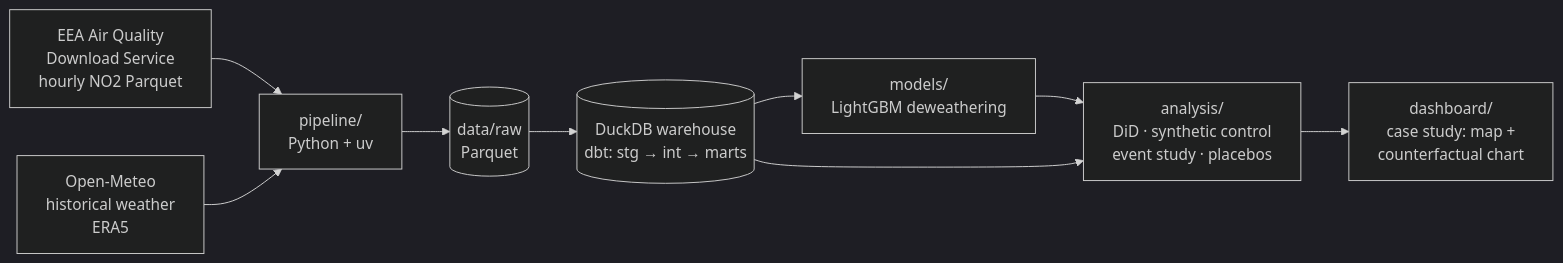
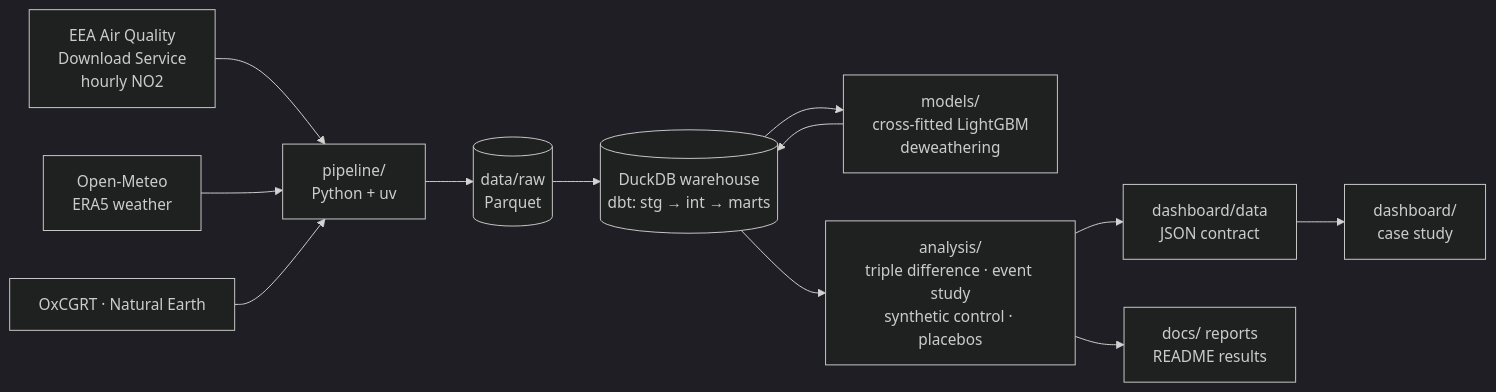
The diagram in README.md (Sbaiii/ticket-to-breathe), drawn with Mermaid (dark theme) before and after one commit. The commit also changed other lines of this file and 2 other files, not shown here.

First line of the commit message:
docs(readme): restructure README with a generated results block

````diff
--- a/README.md
+++ b/README.md
@@ -33,11 +49,14 @@
 ```mermaid
 flowchart LR
-  A[EEA Air Quality<br/>Download Service<br/>hourly NO2 Parquet] --> P[pipeline/<br/>Python + uv]
-  B[Open-Meteo<br/>historical weather<br/>ERA5] --> P
+  A[EEA Air Quality<br/>Download Service<br/>hourly NO2] --> P[pipeline/<br/>Python + uv]
+  B[Open-Meteo<br/>ERA5 weather] --> P
+  O[OxCGRT · Natural Earth] --> P
   P --> R[(data/raw<br/>Parquet)]
   R --> W[(DuckDB warehouse<br/>dbt: stg → int → marts)]
-  W --> M[models/<br/>LightGBM deweathering]
-  M --> C[analysis/<br/>DiD · synthetic control<br/>event study · placebos]
-  W --> C
-  C --> D[dashboard/<br/>case study: map +<br/>counterfactual chart]
+  W --> M[models/<br/>cross-fitted LightGBM<br/>deweathering]
+  M --> W
+  W --> C[analysis/<br/>triple difference · event study<br/>synthetic control · placebos]
+  C --> J[dashboard/data<br/>JSON contract]
+  J --> D[dashboard/<br/>case study]
+  C --> X[docs/ reports<br/>README results]
 ```
````
